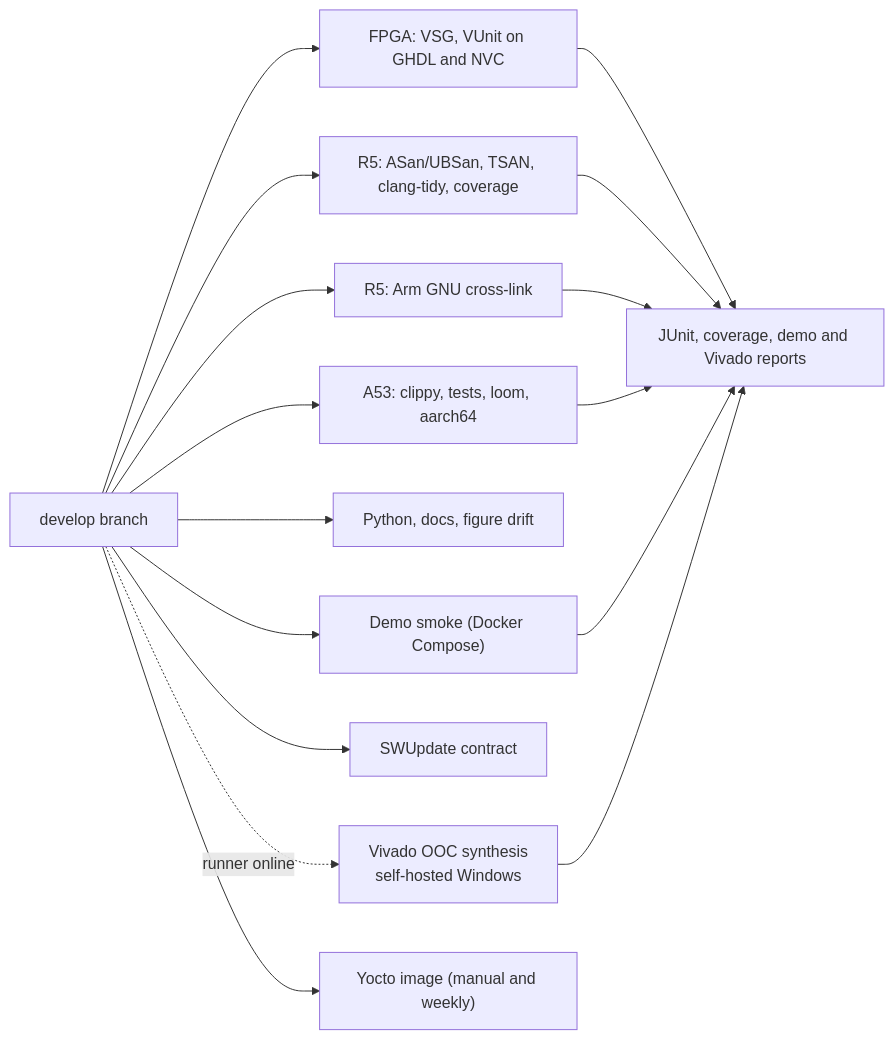
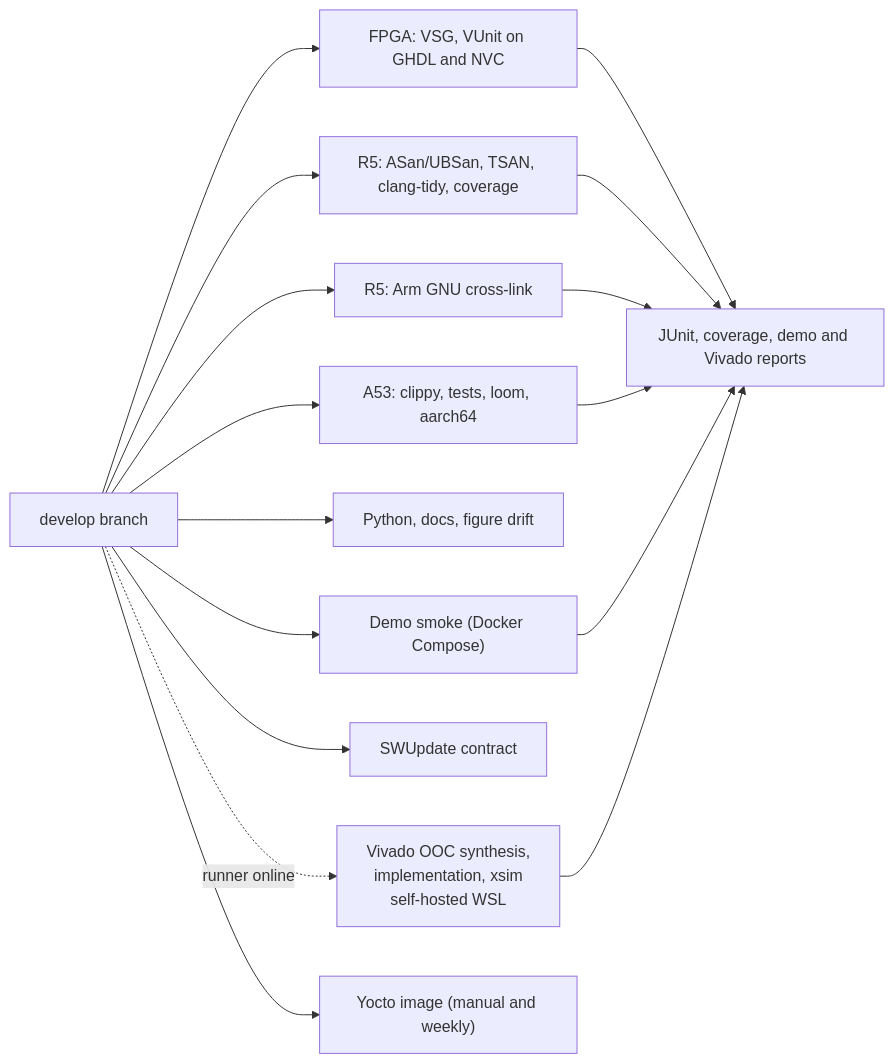
Before and after one commit to ps-chong/hft-toy-project: the diagram in docs/architecture/diagrams/build-ci-1.mmd, drawn with Mermaid. The commit also changed 16 other files, not shown here.

First line of the commit message:
docs: the WSL checkout and scripts/linux next to the Windows workflow

```diff
--- a/docs/architecture/diagrams/build-ci-1.mmd
+++ b/docs/architecture/diagrams/build-ci-1.mmd
@@ -1,16 +1,16 @@
 flowchart LR
     Source["develop branch"] --> FPGA["FPGA: VSG, VUnit on GHDL and NVC"]
     Source --> R5Host["R5: ASan/UBSan, TSAN, clang-tidy, coverage"]
     Source --> R5Cross["R5: Arm GNU cross-link"]
     Source --> Rust["A53: clippy, tests, loom, aarch64"]
     Source --> Quality["Python, docs, figure drift"]
     Source --> Demo["Demo smoke (Docker Compose)"]
     Source --> SWU["SWUpdate contract"]
-    Source -.->|"runner online"| Vivado["Vivado OOC synthesis<br/>self-hosted Windows"]
+    Source -.->|"runner online"| Vivado["Vivado OOC synthesis,<br/>implementation, xsim<br/>self-hosted WSL"]
     Source --> Yocto["Yocto image (manual and weekly)"]
     FPGA --> Reports["JUnit, coverage, demo and Vivado reports"]
     R5Host --> Reports
     R5Cross --> Reports
     Rust --> Reports
     Demo --> Reports
     Vivado --> Reports
```
